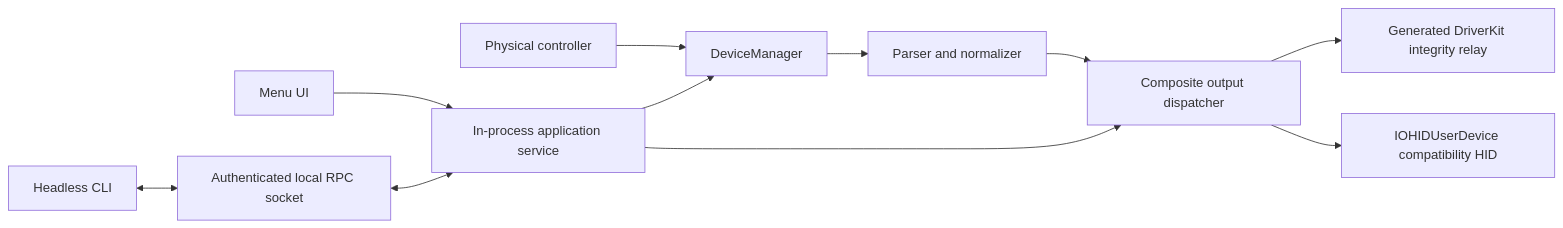
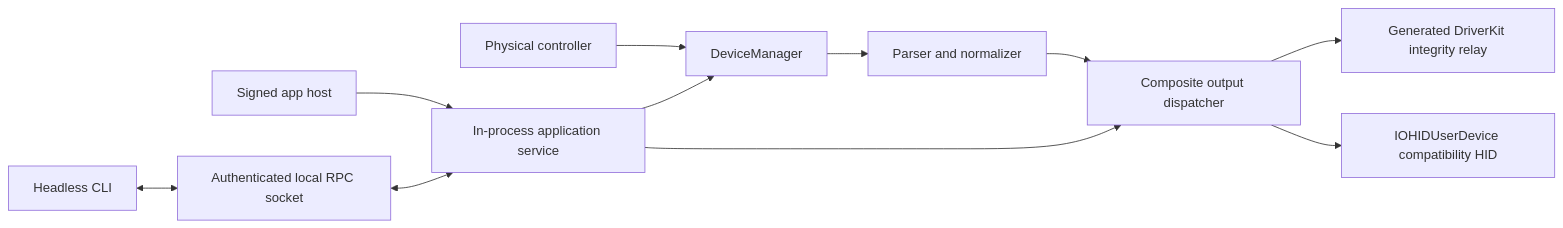
One commit to xsyetopz/OpenJoystickDriver changed the diagram in docs/development/architecture.md. Above: the diagram before and after it, drawn with Mermaid. The commit also changed other lines of this file and 268 other files, not shown here.

````diff
--- a/docs/development/architecture.md
+++ b/docs/development/architecture.md
@@ -5,13 +5,13 @@
 ```mermaid
 flowchart LR
   A[Physical controller] --> B[DeviceManager]
   B --> C[Parser and normalizer]
   C --> D[Composite output dispatcher]
   D --> E[Generated DriverKit integrity relay]
   D --> F[IOHIDUserDevice compatibility HID]
-  G[Menu UI] --> H[In-process application service]
+  G[Signed app host] --> H[In-process application service]
   I[Headless CLI] <--> J[Authenticated local RPC socket]
   J <--> H
   H --> B
   H --> D
 ```
````
